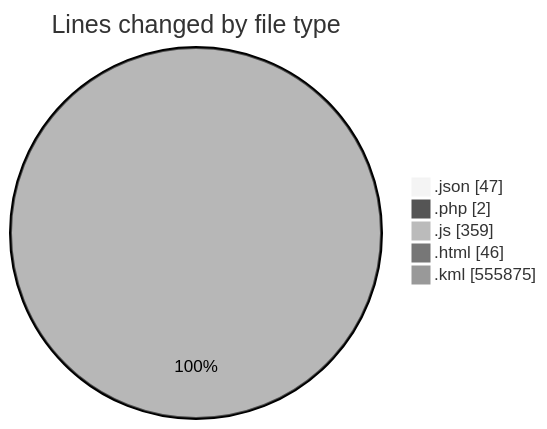
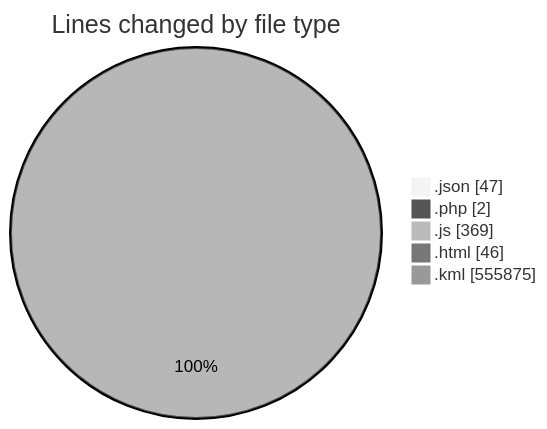
The first of 2 diagrams in 2025-03-27/kml/README.md (LanceThiago/code-tracking), drawn with Mermaid (neutral theme) before and after one commit. The commit also changed other lines of this file and 1 other file, not shown here.

````diff
--- a/2025-03-27/kml/README.md
+++ b/2025-03-27/kml/README.md
@@ -28,9 +28,9 @@
 ```mermaid
 pie showData
 title Lines changed by file type
 ".json" : 47
 ".php" : 2
-".js" : 359
+".js" : 369
 ".html" : 46
 ".kml" : 555875
 ```
````
